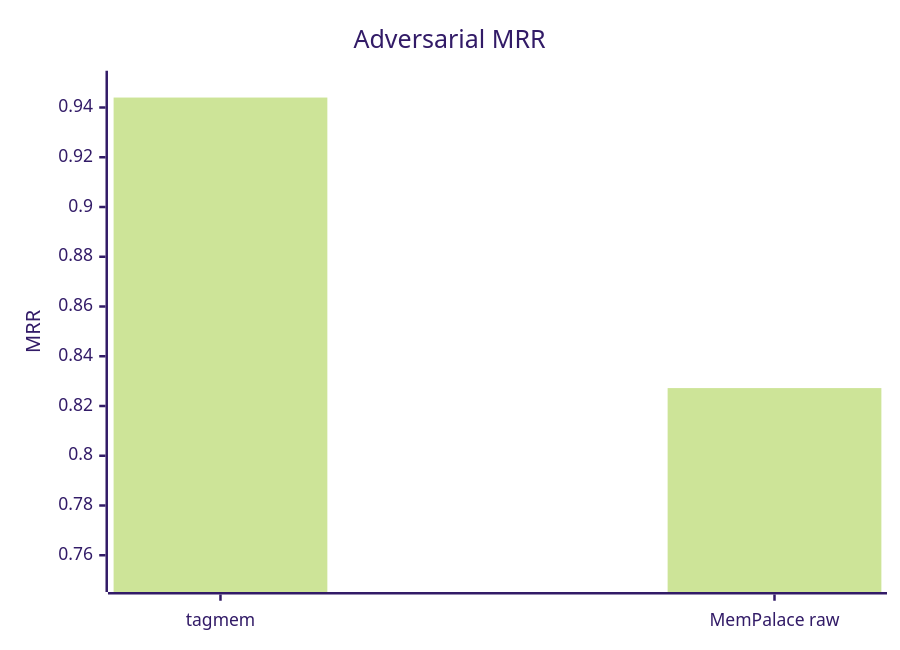
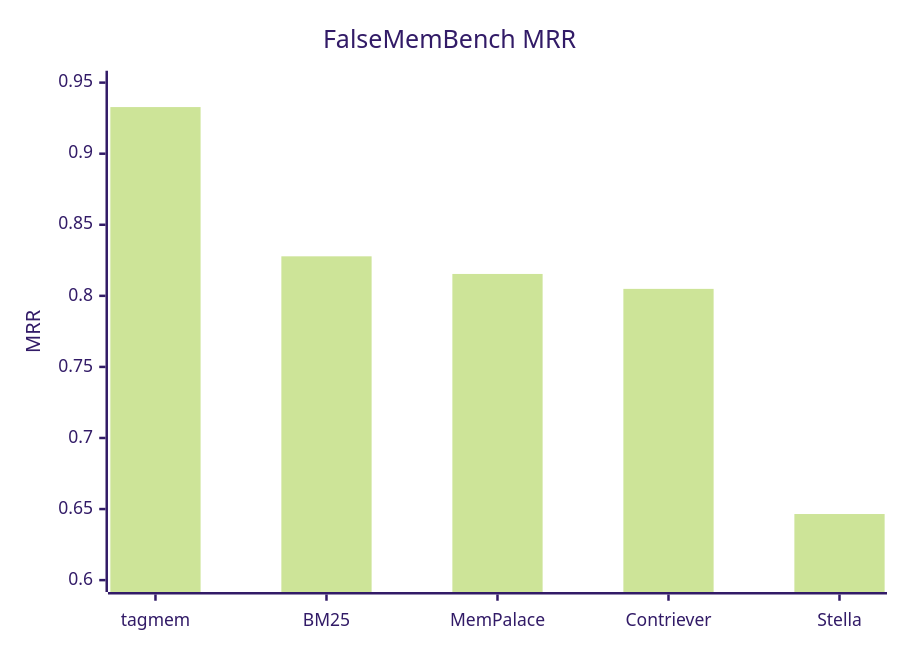
Before and after one commit to codysnider/tagmem: the ninth of 9 diagrams in benchmarks/CHARTS.md, drawn with Mermaid (forest theme). The commit also changed other lines of this file and 5 other files, not shown here.

Commit message:
Update FalseMemBench comparison matrix

````diff
--- a/benchmarks/CHARTS.md
+++ b/benchmarks/CHARTS.md
@@ -96,7 +96,7 @@
 ```mermaid
 xychart-beta
-    title "Adversarial MRR"
-    x-axis ["tagmem", "MemPalace raw"]
-    y-axis "MRR" 0.75 --> 0.95
-    bar [0.9440, 0.8272]
+    title "FalseMemBench MRR"
+    x-axis ["tagmem", "BM25", "MemPalace", "Contriever", "Stella"]
+    y-axis "MRR" 0.60 --> 0.95
+    bar [0.9328, 0.8278, 0.8154, 0.8049, 0.6465]
 ```
````
